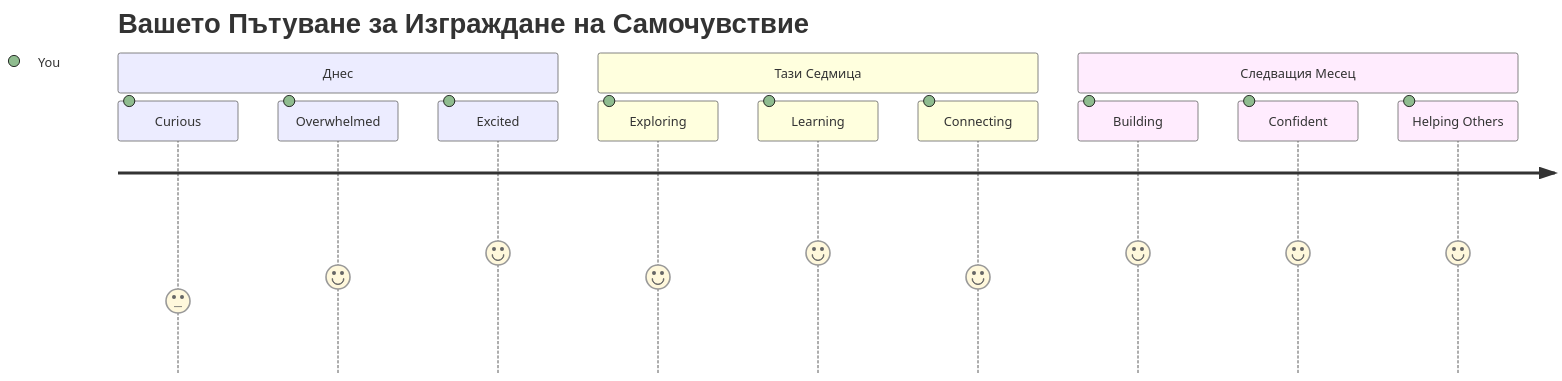
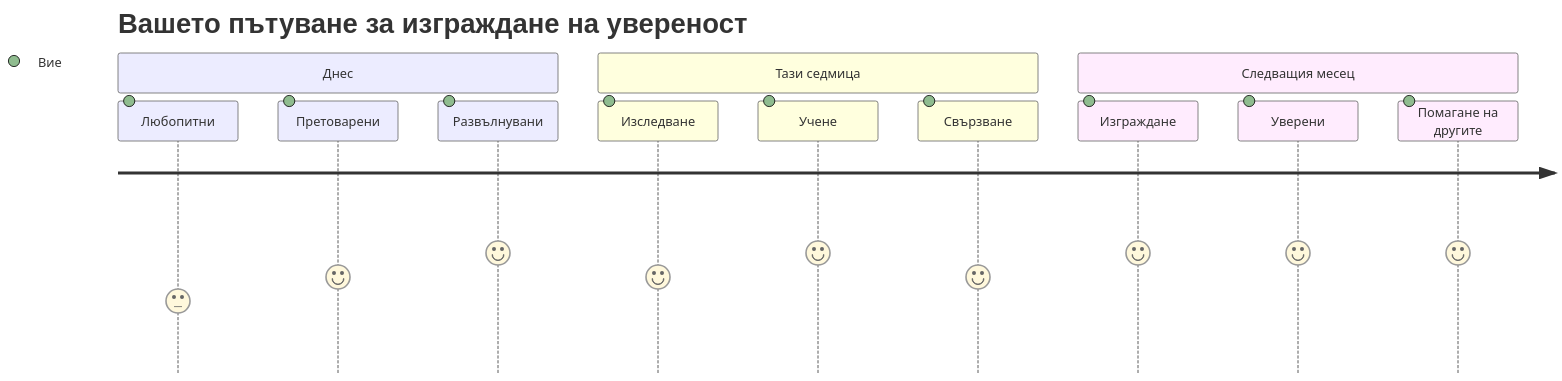
One commit to microsoft/Web-Dev-For-Beginners changed the seventh of 7 diagrams in translations/bg/1-getting-started-lessons/1-intro-to-programming-languages/README.md. Above: the diagram before and after it, drawn with Mermaid. The commit also changed other lines of this file and 8 other files, not shown here.

````diff
--- a/translations/bg/1-getting-started-lessons/1-intro-to-programming-languages/README.md
+++ b/translations/bg/1-getting-started-lessons/1-intro-to-programming-languages/README.md
@@ -830,16 +833,16 @@
 ```mermaid
 journey
-    title Вашето Пътуване за Изграждане на Самочувствие
+    title Вашето пътуване за изграждане на увереност
     section Днес
-      Curious: 3: You
-      Overwhelmed: 4: You
-      Excited: 5: You
-    section Тази Седмица
-      Exploring: 4: You
-      Learning: 5: You
-      Connecting: 4: You
-    section Следващия Месец
-      Building: 5: You
-      Confident: 5: You
-      Helping Others: 5: You
+      Любопитни: 3: Вие
+      Претоварени: 4: Вие
+      Развълнувани: 5: Вие
+    section Тази седмица
+      Изследване: 4: Вие
+      Учене: 5: Вие
+      Свързване: 4: Вие
+    section Следващия месец
+      Изграждане: 5: Вие
+      Уверени: 5: Вие
+      Помагане на другите: 5: Вие
 ```
````
